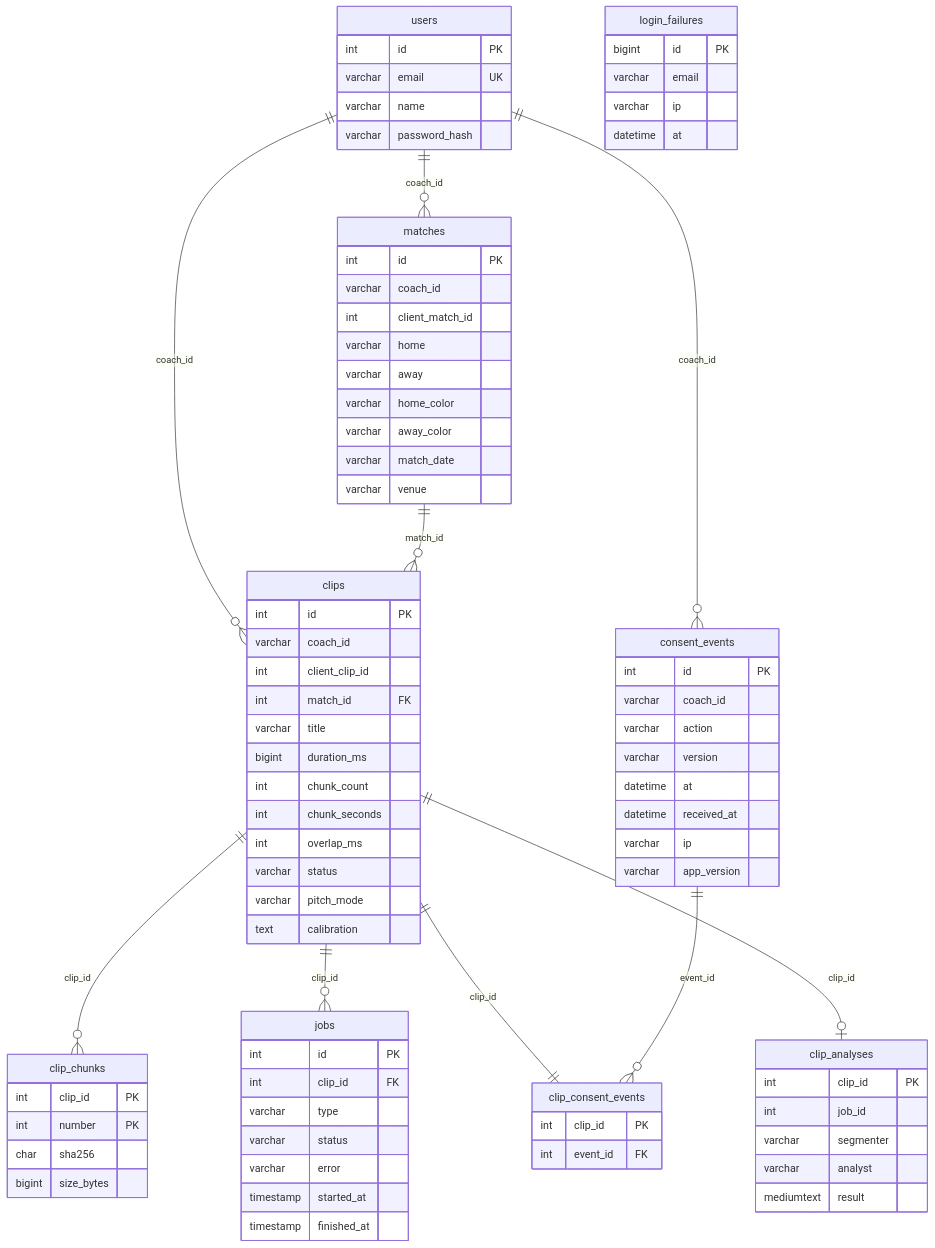
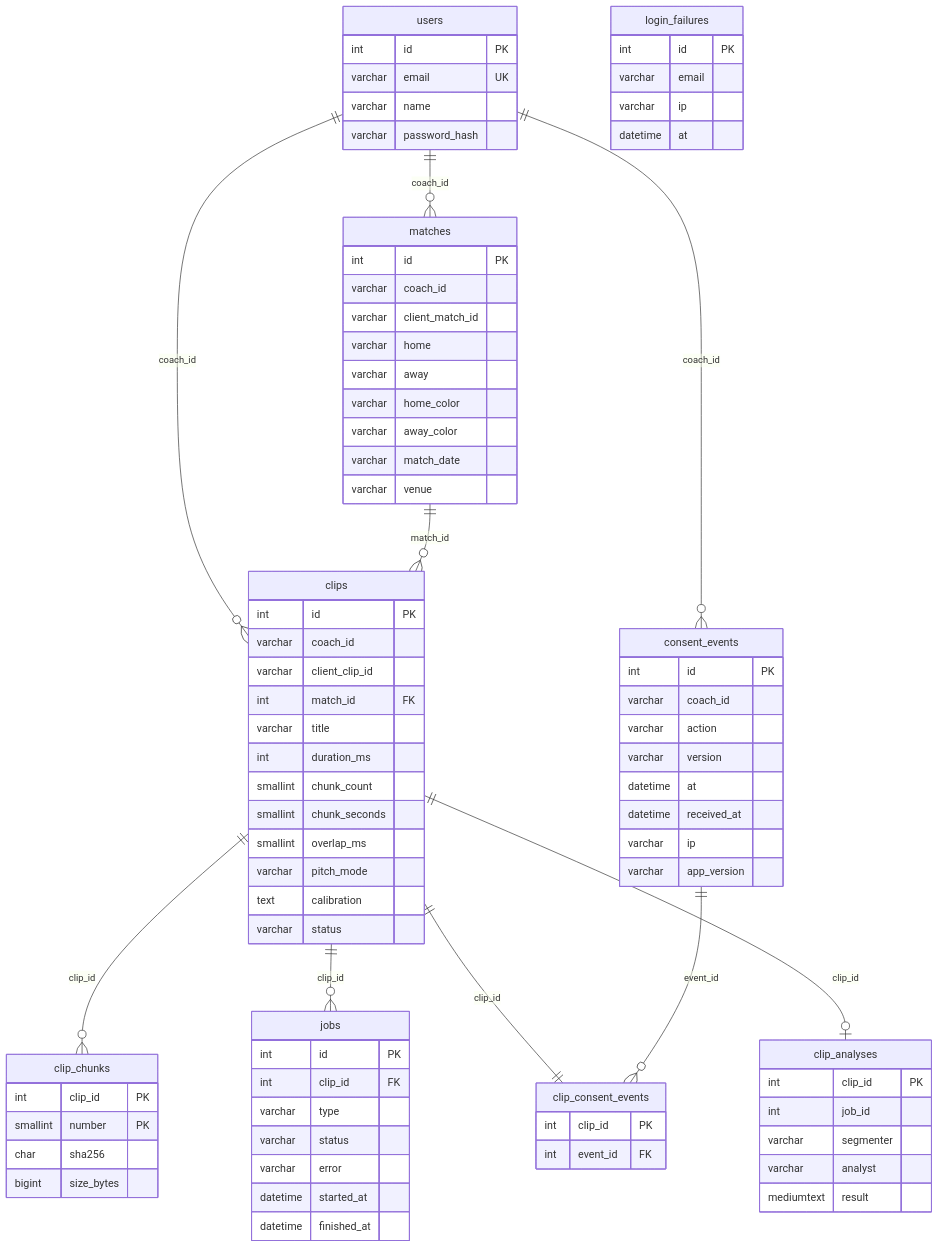
One commit to pepemxl/meta-ai-hackathon-2026 changed the second of 3 diagrams in docs/arquitectura/03-api.md. Above: the diagram before and after it, drawn with Mermaid. The commit also changed other lines of this file and 16 other files, not shown here.

```diff
--- a/docs/arquitectura/03-api.md
+++ b/docs/arquitectura/03-api.md
@@ -88,7 +86,7 @@
     matches {
         int id PK
         varchar coach_id
-        int client_match_id
+        varchar client_match_id
         varchar home
         varchar away
         varchar home_color
@@ -99,20 +97,20 @@
     clips {
         int id PK
         varchar coach_id
-        int client_clip_id
+        varchar client_clip_id
         int match_id FK
         varchar title
-        bigint duration_ms
-        int chunk_count
-        int chunk_seconds
-        int overlap_ms
-        varchar status
+        int duration_ms
+        smallint chunk_count
+        smallint chunk_seconds
+        smallint overlap_ms
         varchar pitch_mode
         text calibration
+        varchar status
     }
     clip_chunks {
         int clip_id PK
-        int number PK
+        smallint number PK
         char sha256
         bigint size_bytes
     }
@@ -122,8 +120,8 @@
         varchar type
         varchar status
         varchar error
-        timestamp started_at
-        timestamp finished_at
+        datetime started_at
+        datetime finished_at
     }
     consent_events {
         int id PK
@@ -147,7 +145,7 @@
         mediumtext result
     }
     login_failures {
-        bigint id PK
+        int id PK
         varchar email
         varchar ip
         datetime at
```
